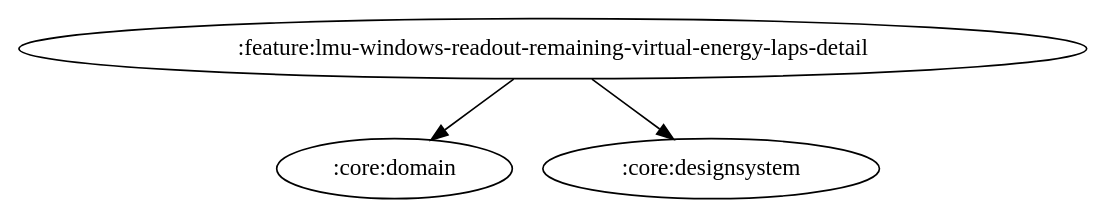
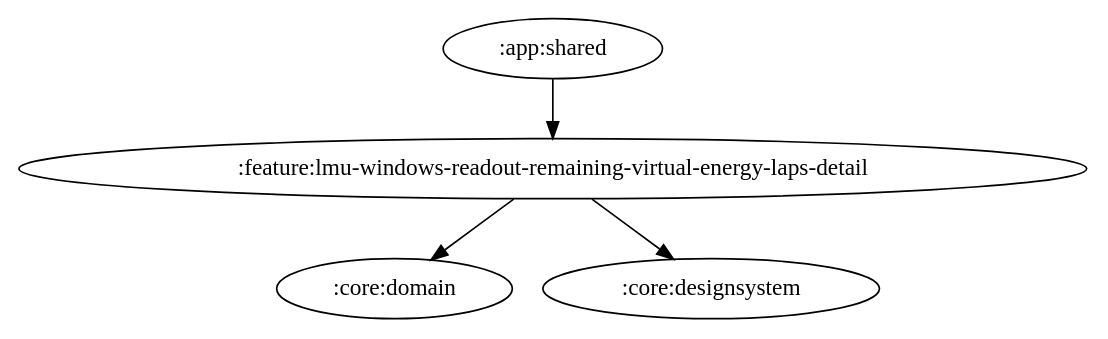
Before and after one commit to ai-kurou/KoDriver: the diagram in docs/graphs/feature-lmu-windows-readout-remaining-virtual-energy-laps-detail.gv, drawn with Graphviz. The commit also changed 5 other files, not shown here.

Commit message:
chore: update module graph images

```diff
--- a/docs/graphs/feature-lmu-windows-readout-remaining-virtual-energy-laps-detail.gv
+++ b/docs/graphs/feature-lmu-windows-readout-remaining-virtual-energy-laps-detail.gv
@@ -1,5 +1,6 @@
 digraph G {
   rankdir=TB
+  ":app:shared" -> ":feature:lmu-windows-readout-remaining-virtual-energy-laps-detail"
   ":feature:lmu-windows-readout-remaining-virtual-energy-laps-detail" -> ":core:domain"
   ":feature:lmu-windows-readout-remaining-virtual-energy-laps-detail" -> ":core:designsystem"
 }
```
